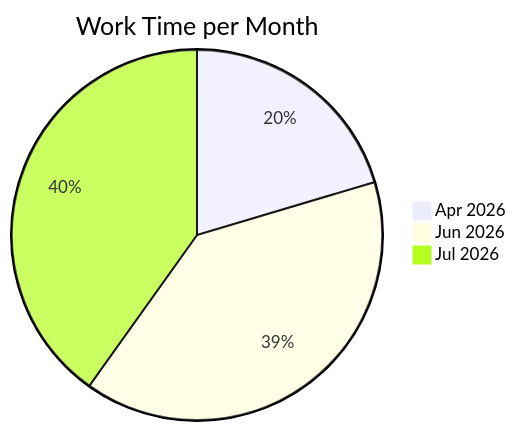
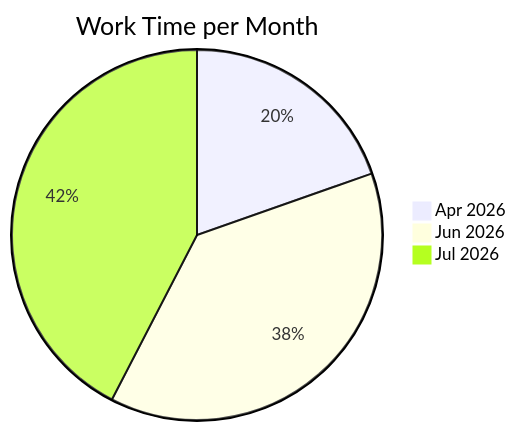
Before and after one commit to notWetro/time-tracker: the diagram in README.md, drawn with Mermaid. The commit also changed other lines of this file and 1 other file, not shown here.

Commit message:
updated worktime

````diff
--- a/README.md
+++ b/README.md
@@ -11,7 +11,7 @@
 ```mermaid
 pie
     title Work Time per Month
     "Apr 2026" : 3.1
     "Jun 2026" : 6.0
-    "Jul 2026" : 6.1
+    "Jul 2026" : 6.7
 ```
````
